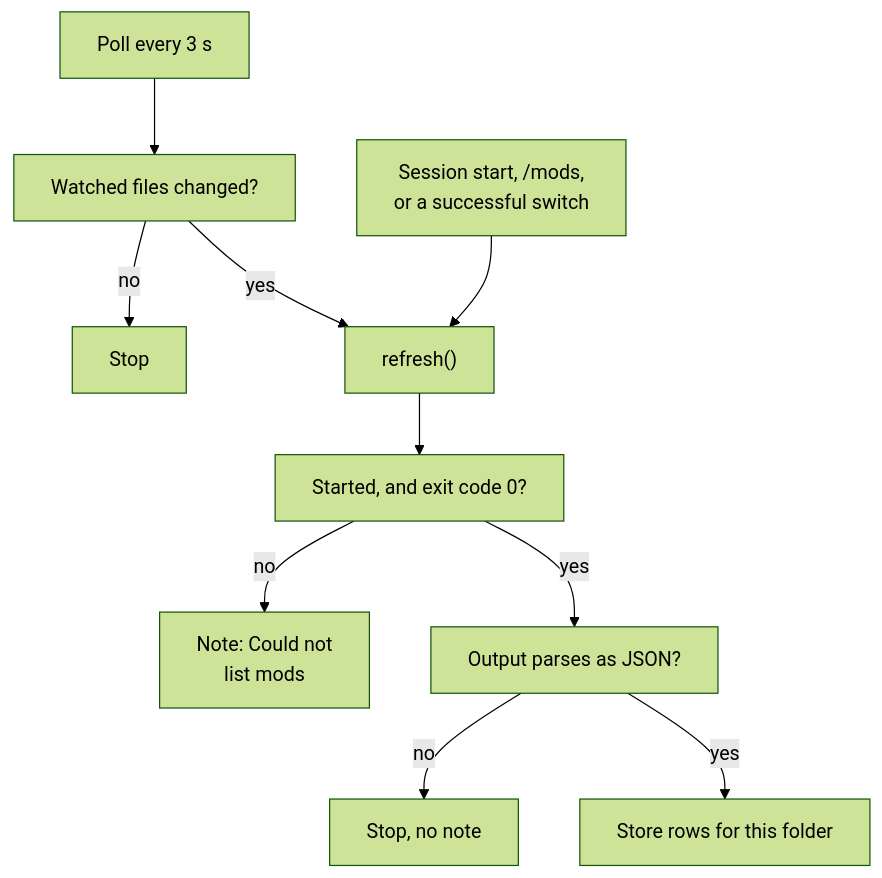
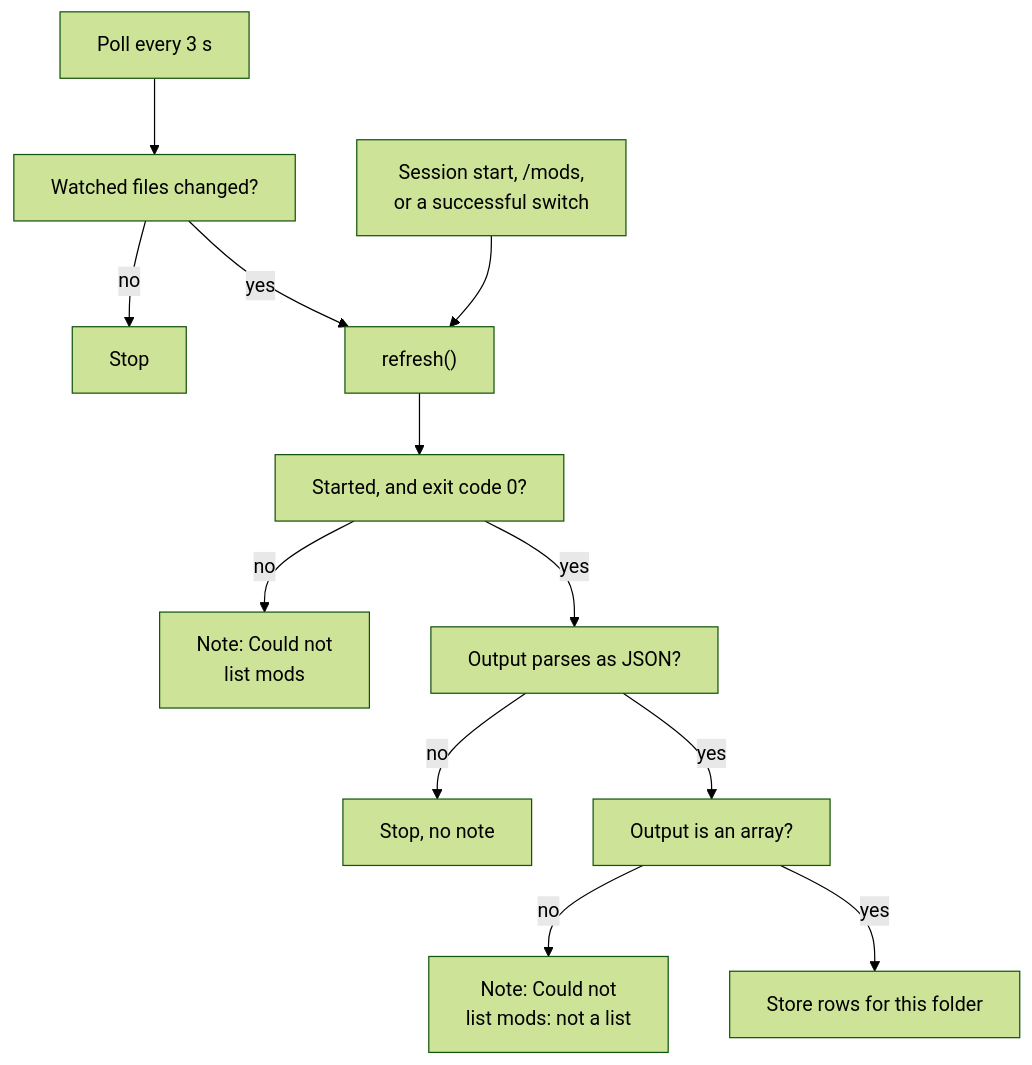
The first of 2 diagrams in mods/switchboard/README.md (plaktoz/claude-mods), drawn with Mermaid (forest theme) before and after one commit. The commit also changed other lines of this file and 20 other files, not shown here.

````diff
--- a/mods/switchboard/README.md
+++ b/mods/switchboard/README.md
@@ -86,12 +87,14 @@
 ```mermaid
 flowchart TD
     P["Poll every 3 s"] --> C["Watched files changed?"]
     C -->|no| Z1["Stop"]
     C -->|yes| R["refresh()"]
     S["Session start, /mods,<br/>or a successful switch"] --> R
     R --> D["Started, and exit code 0?"]
     D -->|no| N["Note: Could not<br/>list mods"]
     D -->|yes| J["Output parses as JSON?"]
     J -->|no| Z2["Stop, no note"]
-    J -->|yes| K["Store rows for this folder"]
+    J -->|yes| A["Output is an array?"]
+    A -->|no| Y["Note: Could not<br/>list mods: not a list"]
+    A -->|yes| K["Store rows for this folder"]
 ```
````
